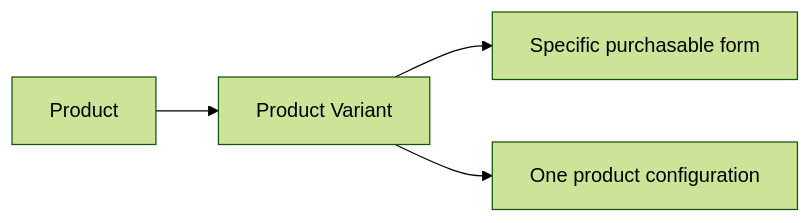
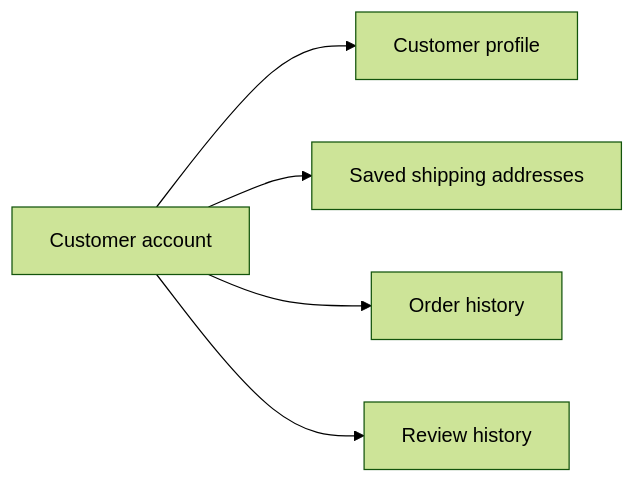
The first of 32 diagrams in openai/gpt-5.4-mini/shopping/docs/analysis/02-domain-model.md (wrtnlabs/autobe-examples), drawn with Mermaid (forest theme) before and after one commit. The commit also changed other lines of this file and 9017 other files, not shown here.

````diff
--- a/openai/gpt-5.4-mini/shopping/docs/analysis/02-domain-model.md
+++ b/openai/gpt-5.4-mini/shopping/docs/analysis/02-domain-model.md
@@ -293,6 +21,7 @@
 ```mermaid
 flowchart LR
-    A["Product"] --> B["Product Variant"]
-    B --> C["Specific purchasable form"]
-    B --> D["One product configuration"]
+    A["Customer account"] --> B["Customer profile"]
+    A --> C["Saved shipping addresses"]
+    A --> D["Order history"]
+    A --> E["Review history"]
 ```
````
